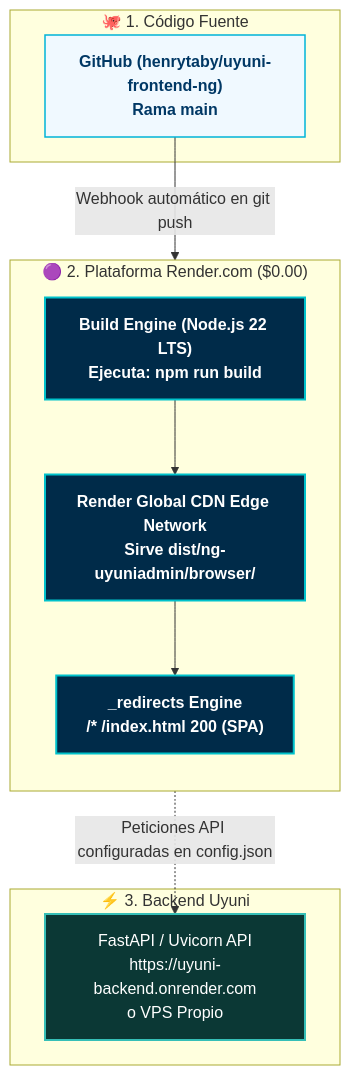
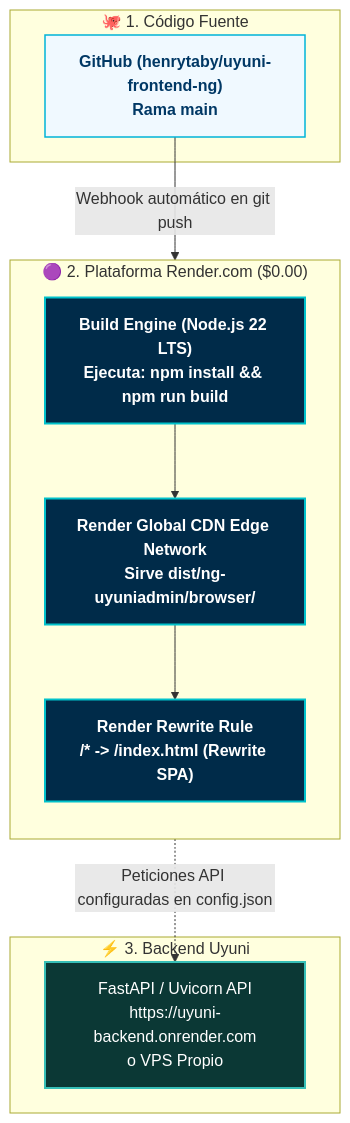
One commit to henrytaby/uyuni-frontend-ng changed the diagram in docs/deployment/RENDER_DEPLOYMENT_GUIDE.md. Above: the diagram before and after it, drawn with Mermaid. The commit also changed other lines of this file and 2 other files, not shown here.

Commit message:
docs: update Render deployment guide and playbooks with npm install and SPA rewrite rules

````diff
--- a/docs/deployment/RENDER_DEPLOYMENT_GUIDE.md
+++ b/docs/deployment/RENDER_DEPLOYMENT_GUIDE.md
@@ -9,31 +9,31 @@
 ```mermaid
 flowchart TD
     subgraph RepoLayer ["🐙 1. Código Fuente"]
         GH["GitHub (henrytaby/uyuni-frontend-ng)<br/>Rama main"]
     end
 
     subgraph RenderPlatform ["🟣 2. Plataforma Render.com ($0.00)"]
         direction TB
-        BUILD["Build Engine (Node.js 22 LTS)<br/>Ejecuta: npm run build"]
+        BUILD["Build Engine (Node.js 22 LTS)<br/>Ejecuta: npm install && npm run build"]
         CDN["Render Global CDN Edge Network<br/>Sirve dist/ng-uyuniadmin/browser/"]
-        REDIRECTS["_redirects Engine<br/>/* /index.html 200 (SPA)"]
+        REWRITES["Render Rewrite Rule<br/>/* -> /index.html (Rewrite SPA)"]
     end
 
     subgraph BackendTarget ["⚡ 3. Backend Uyuni"]
         BACKEND["FastAPI / Uvicorn API<br/>https://uyuni-backend.onrender.com<br/>o VPS Propio"]
     end
 
     GH -->|Webhook automático en git push| BUILD
     BUILD --> CDN
-    CDN --> REDIRECTS
+    CDN --> REWRITES
     CDN -.->|Peticiones API configuradas en config.json| BACKEND
 
     %% Estilos Corporativos Uyuni
     classDef gitNode fill:#f0f9ff,stroke:#00b4d8,stroke-width:1.5px,color:#003865,font-weight:bold;
     classDef renderNode fill:#002b49,stroke:#00c2cb,stroke-width:2px,color:#ffffff,font-weight:bold;
     classDef apiNode fill:#0b3835,stroke:#36bfb7,stroke-width:2px,color:#ffffff;
 
     class GH gitNode;
-    class BUILD,CDN,REDIRECTS renderNode;
+    class BUILD,CDN,REWRITES renderNode;
     class BACKEND apiNode;
 ```
````
